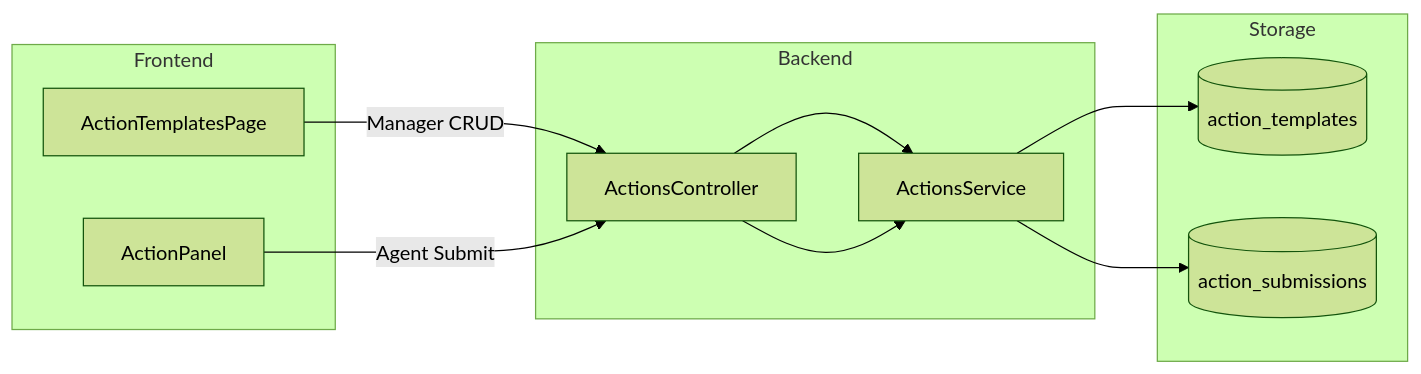
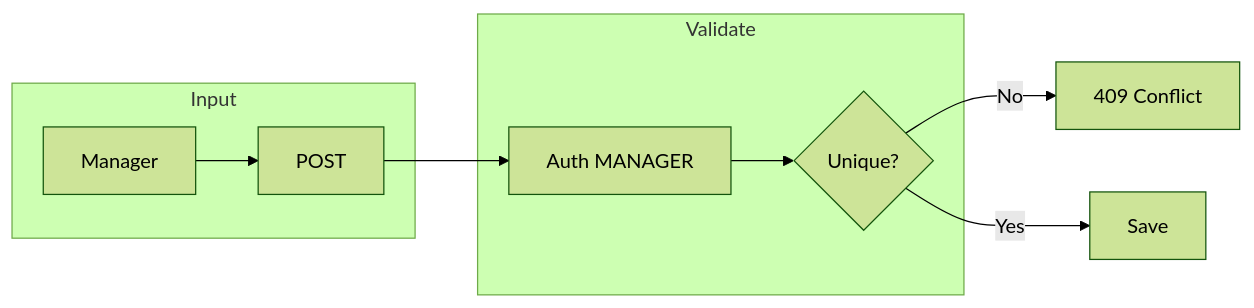
The sixth of 8 diagrams in presentation/pages/hiep.md (doananhhung/livechat), drawn with Mermaid (forest theme) before and after one commit. The commit also changed other lines of this file, not shown here.

````diff
--- a/presentation/pages/hiep.md
+++ b/presentation/pages/hiep.md
@@ -577,20 +279,12 @@
 ```mermaid
 flowchart LR
-    subgraph Frontend["Frontend"]
-        A["ActionTemplatesPage"]
-        B["ActionPanel"]
+    subgraph Input
+        A[Manager] --> B[POST]
     end
-
-    subgraph Backend["Backend"]
-        C["ActionsController"]
-        D["ActionsService"]
+    subgraph Validate
+        B --> C[Auth MANAGER]
+        C --> D{Unique?}
     end
-
-    subgraph Storage["Storage"]
-        E[("action_templates")]
-        F[("action_submissions")]
-    end
-
-    A -->|"Manager CRUD"| C --> D --> E
-    B -->|"Agent Submit"| C --> D --> F
+    D -->|No| E[409 Conflict]
+    D -->|Yes| F[Save]
 ```
````
